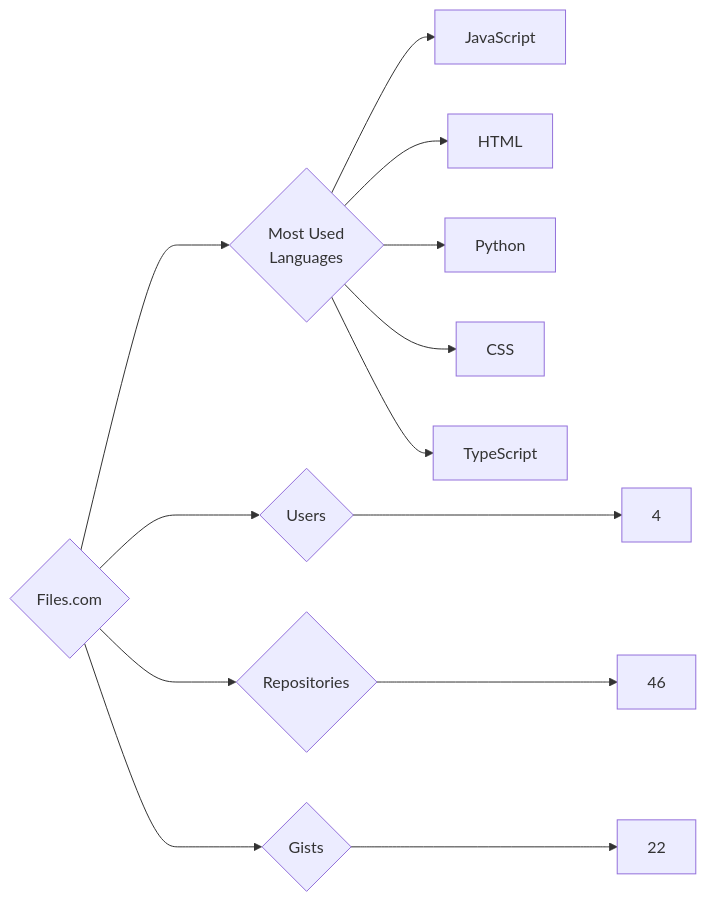
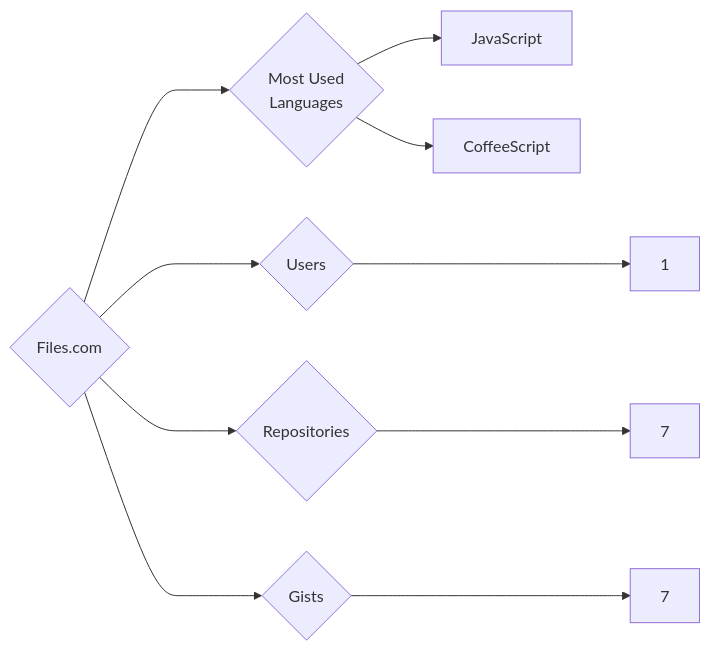
Before and after one commit to trickest/insiders: the diagram in targets/Files.com/README.md, drawn with Mermaid. The commit also changed 699 other files, not shown here.

````diff
--- a/targets/Files.com/README.md
+++ b/targets/Files.com/README.md
@@ -3,13 +3,10 @@
 ```mermaid
 graph LR
 COMPANY_NAME{Files.com}
-COMPANY_NAME ---> U{Users} ---> UN[4]
-COMPANY_NAME ---> R{Repositories} ---> RN[46]
-COMPANY_NAME ---> G{Gists} ---> GN[22]
+COMPANY_NAME ---> U{Users} ---> UN[1]
+COMPANY_NAME ---> R{Repositories} ---> RN[7]
+COMPANY_NAME ---> G{Gists} ---> GN[7]
 COMPANY_NAME ---> ML{Most Used<br>Languages}
 ML --> JavaScript[JavaScript]
-ML --> HTML[HTML]
-ML --> Python[Python]
-ML --> CSS[CSS]
-ML --> TypeScript[TypeScript]
+ML --> CoffeeScript[CoffeeScript]
 ```
````
